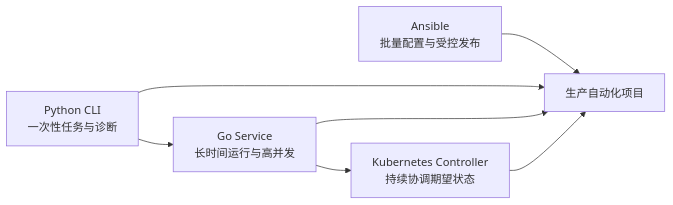
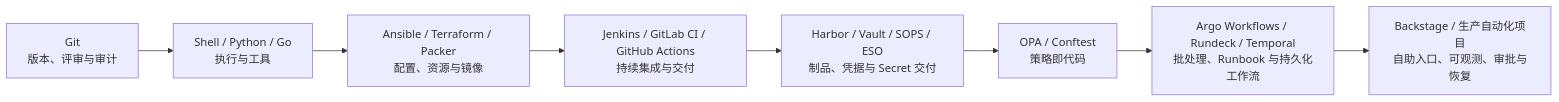
The diagram in docs/automation/00-自动化工程学习路线.md (newswitch/newswitch.github.io), drawn with Mermaid before and after one commit. The commit also changed other lines of this file and 221 other files, not shown here.

````diff
--- a/docs/automation/00-自动化工程学习路线.md
+++ b/docs/automation/00-自动化工程学习路线.md
@@ -28,9 +28,10 @@
 ```mermaid
 flowchart LR
-    E["Ansible<br/>批量配置与受控发布"] --> D["生产自动化项目"]
-    A["Python CLI<br/>一次性任务与诊断"] --> B["Go Service<br/>长时间运行与高并发"]
-    B --> C["Kubernetes Controller<br/>持续协调期望状态"]
-    A --> D
-    B --> D
-    C --> D
+    G["Git<br/>版本、评审与审计"] --> L["Shell / Python / Go<br/>执行与工具"]
+    L --> I["Ansible / Terraform / Packer<br/>配置、资源与镜像"]
+    I --> C["Jenkins / GitLab CI / GitHub Actions<br/>持续集成与交付"]
+    C --> H["Harbor / Vault / SOPS / ESO<br/>制品、凭据与 Secret 交付"]
+    H --> O["OPA / Conftest<br/>策略即代码"]
+    O --> W["Argo Workflows / Rundeck / Temporal<br/>批处理、Runbook 与持久化工作流"]
+    W --> P["Backstage / 生产自动化项目<br/>自助入口、可观测、审批与恢复"]
 ```
````
